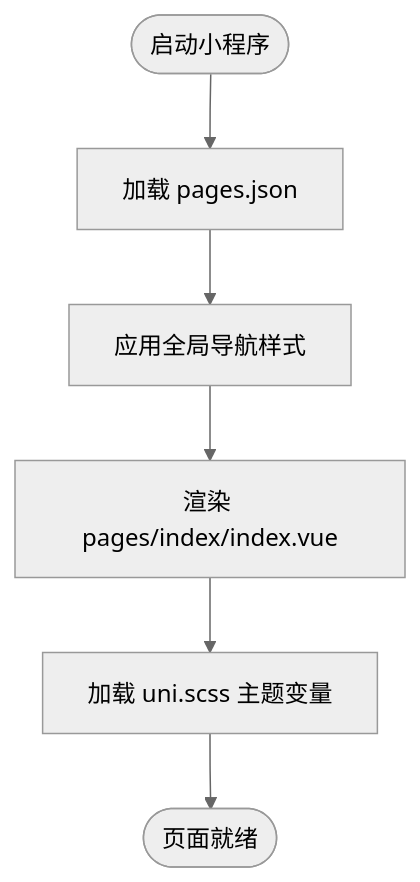
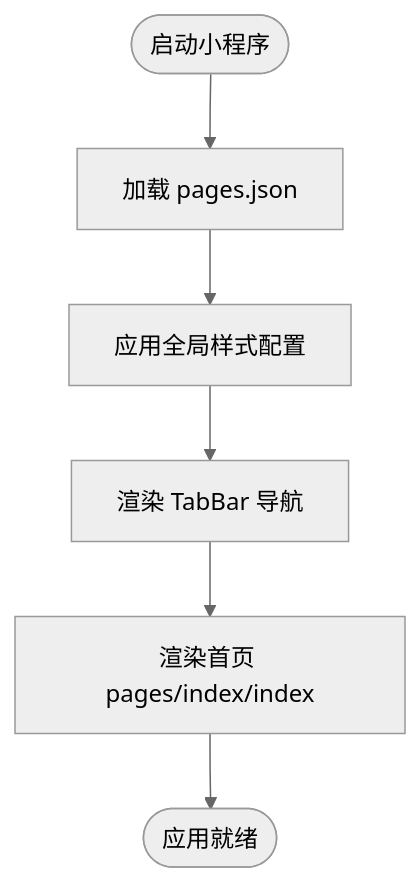
Before and after one commit to QtImM/wechatMiniprogram_Store: the fourth of 8 diagrams in .qoder/repowiki/zh/content/前端架构设计/前端架构设计.md, drawn with Mermaid (neutral theme). The commit also changed other lines of this file and 109 other files, not shown here.

````diff
--- a/.qoder/repowiki/zh/content/前端架构设计/前端架构设计.md
+++ b/.qoder/repowiki/zh/content/前端架构设计/前端架构设计.md
@@ -173,8 +187,8 @@
 ```mermaid
 flowchart TD
 Start(["启动小程序"]) --> LoadPages["加载 pages.json"]
-LoadPages --> ApplyGlobal["应用全局导航样式"]
-ApplyGlobal --> RenderIndex["渲染 pages/index/index.vue"]
-RenderIndex --> LoadStyles["加载 uni.scss 主题变量"]
-LoadStyles --> Ready(["页面就绪"])
+LoadPages --> ApplyGlobal["应用全局样式配置"]
+ApplyGlobal --> RenderTabBar["渲染 TabBar 导航"]
+RenderTabBar --> RenderIndex["渲染首页 pages/index/index"]
+RenderIndex --> Ready(["应用就绪"])
 ```
````
